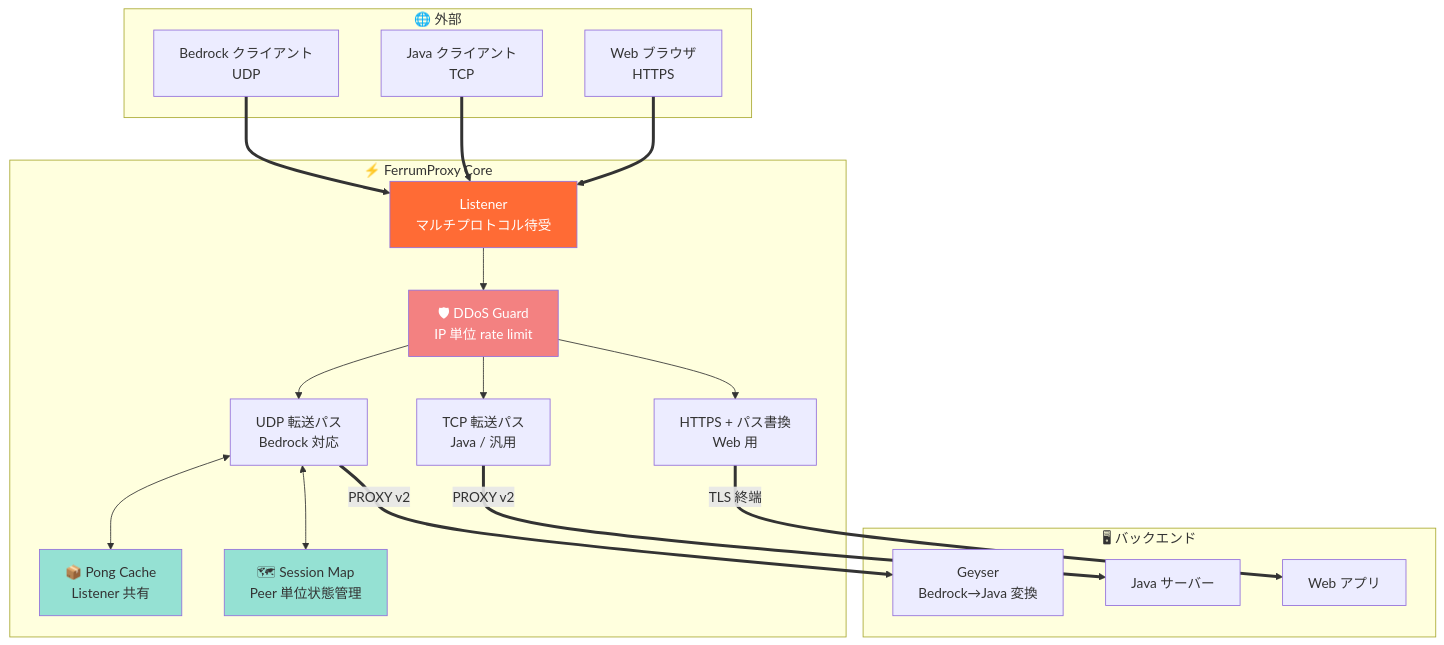
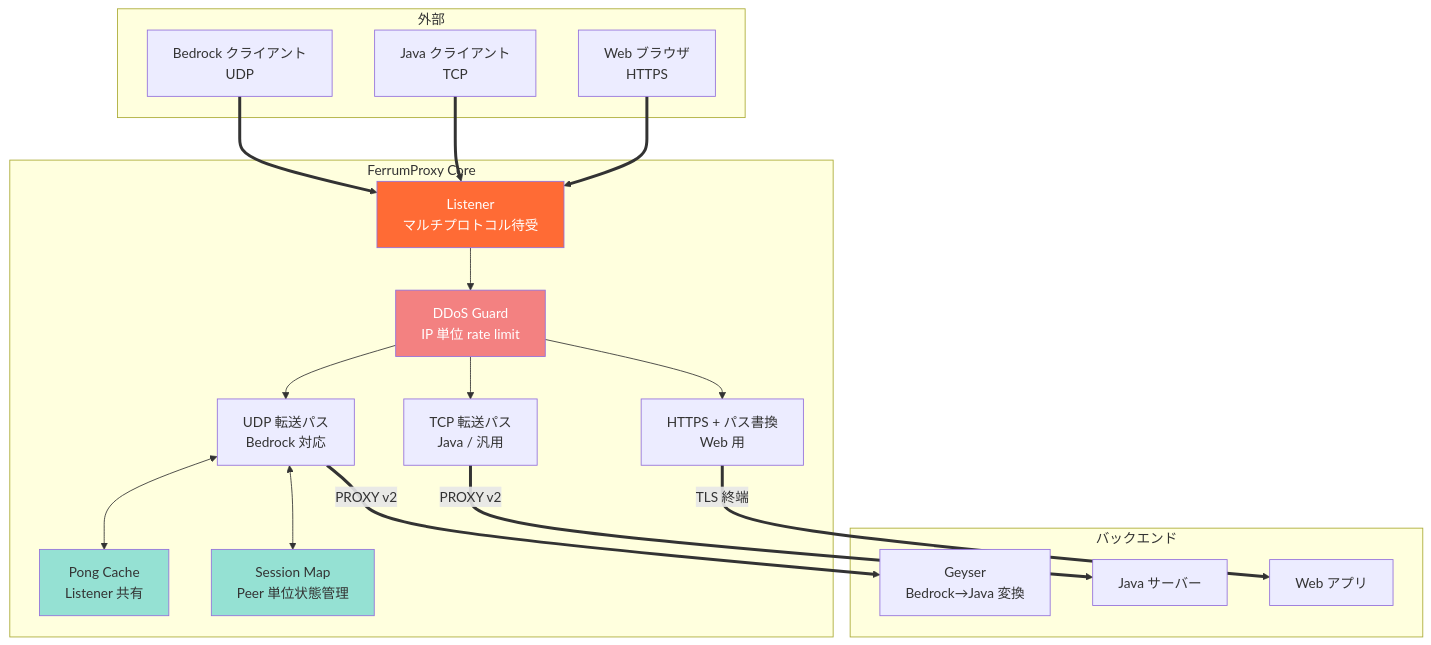
Before and after one commit to gamelist1990/FerrumProxy: the third of 3 diagrams in README.md, drawn with Mermaid. The commit also changed other lines of this file and 4 other files, not shown here.

````diff
--- a/README.md
+++ b/README.md
@@ -114,42 +114,42 @@
 ```mermaid
 graph TB
-    subgraph "🌐 外部"
+    subgraph "外部"
         BC[Bedrock クライアント<br/>UDP]
         JC[Java クライアント<br/>TCP]
         WC[Web ブラウザ<br/>HTTPS]
     end
 
-    subgraph "⚡ FerrumProxy Core"
+    subgraph "FerrumProxy Core"
         Listener[Listener<br/>マルチプロトコル待受]
         UDPPath[UDP 転送パス<br/>Bedrock 対応]
         TCPPath[TCP 転送パス<br/>Java / 汎用]
         HTTPPath[HTTPS + パス書換<br/>Web 用]
-        DDoS[🛡 DDoS Guard<br/>IP 単位 rate limit]
-        PongCache[📦 Pong Cache<br/>Listener 共有]
-        SessionMap[🗺 Session Map<br/>Peer 単位状態管理]
+        DDoS[DDoS Guard<br/>IP 単位 rate limit]
+        PongCache[Pong Cache<br/>Listener 共有]
+        SessionMap[Session Map<br/>Peer 単位状態管理]
     end
 
-    subgraph "🖥 バックエンド"
+    subgraph "バックエンド"
         Geyser[Geyser<br/>Bedrock→Java 変換]
         JavaSrv[Java サーバー]
         WebApp[Web アプリ]
     end
 
     BC ==> Listener
     JC ==> Listener
     WC ==> Listener
 
     Listener --> DDoS
     DDoS --> UDPPath & TCPPath & HTTPPath
 
     UDPPath <--> SessionMap
     UDPPath <--> PongCache
     UDPPath ==>|PROXY v2| Geyser
     TCPPath ==>|PROXY v2| JavaSrv
     HTTPPath ==>|TLS 終端| WebApp
 
     style Listener fill:#ff6b35,color:#fff
     style DDoS fill:#f38181,color:#fff
     style PongCache fill:#95e1d3
     style SessionMap fill:#95e1d3
 ```
````
